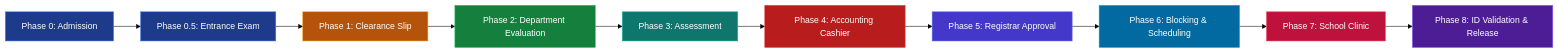
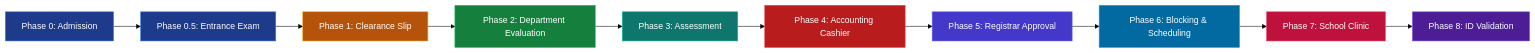
One commit to kirbygeagonia-create/EnrollmentManagementSystem changed the first of 3 diagrams in Documentation/System_Storyboard_Walkthrough.md. Above: the diagram before and after it, drawn with Mermaid (forest theme). The commit also changed other lines of this file and 146 other files, not shown here.

First line of the commit message:
fix: full-audit remediation batch — phase indicator, validation-only ID desk, RBAC, print, demo data

````diff
--- a/Documentation/System_Storyboard_Walkthrough.md
+++ b/Documentation/System_Storyboard_Walkthrough.md
@@ -19,23 +19,23 @@
 ```mermaid
 flowchart LR
     A[Phase 0: Admission] --> B[Phase 0.5: Entrance Exam]
     B --> C[Phase 1: Clearance Slip]
     C --> D[Phase 2: Department Evaluation]
     D --> E[Phase 3: Assessment]
     E --> F[Phase 4: Accounting Cashier]
     F --> G[Phase 5: Registrar Approval]
     G --> H[Phase 6: Blocking & Scheduling]
     H --> I[Phase 7: School Clinic]
-    I --> J[Phase 8: ID Validation & Release]
+    I --> J[Phase 8: ID Validation]
 
     style A fill:#1e3a8a,stroke:#3b82f6,color:#fff
     style B fill:#1e3a8a,stroke:#3b82f6,color:#fff
     style C fill:#b45309,stroke:#f59e0b,color:#fff
     style D fill:#15803d,stroke:#22c55e,color:#fff
     style E fill:#0f766e,stroke:#14b8a6,color:#fff
     style F fill:#b91c1c,stroke:#ef4444,color:#fff
     style G fill:#4338ca,stroke:#6366f1,color:#fff
     style H fill:#0369a1,stroke:#0ea5e9,color:#fff
     style I fill:#be123c,stroke:#f43f5e,color:#fff
     style J fill:#4c1d95,stroke:#8b5cf6,color:#fff
 ```
````
